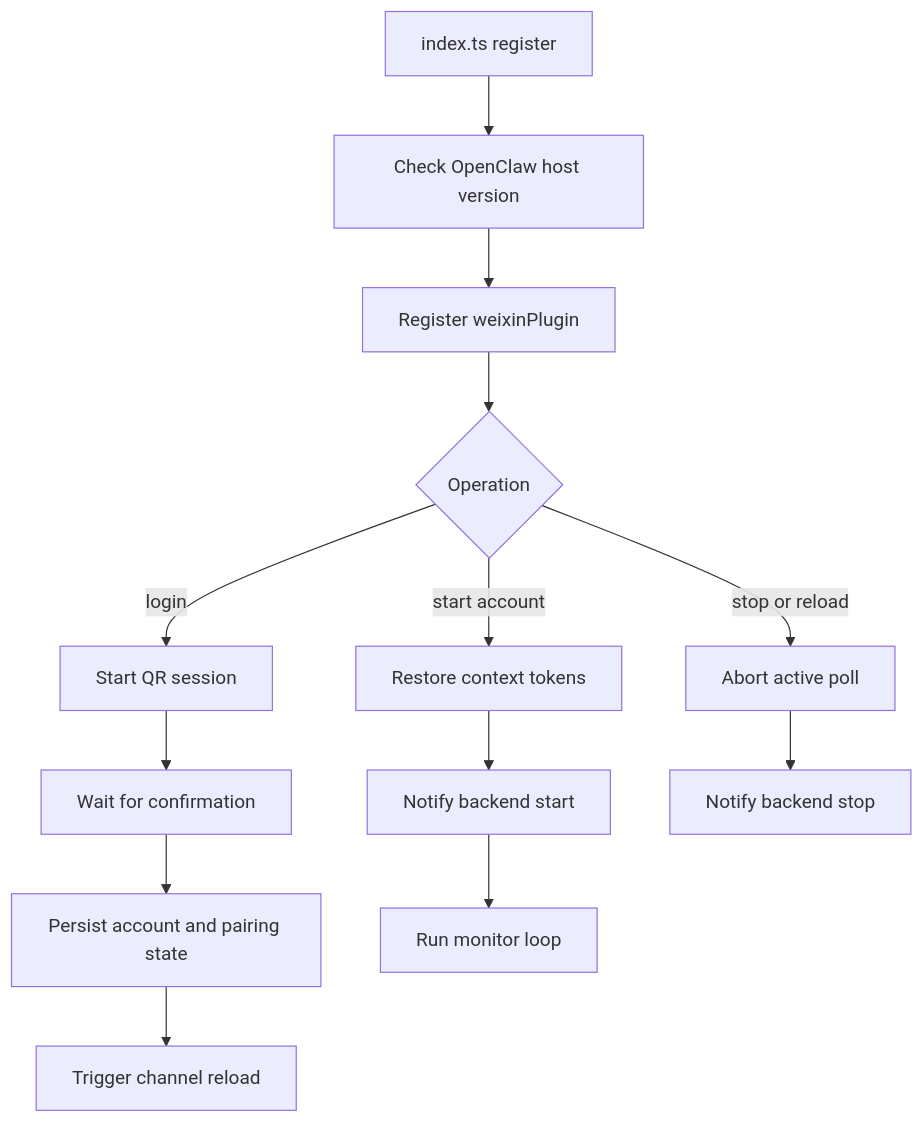
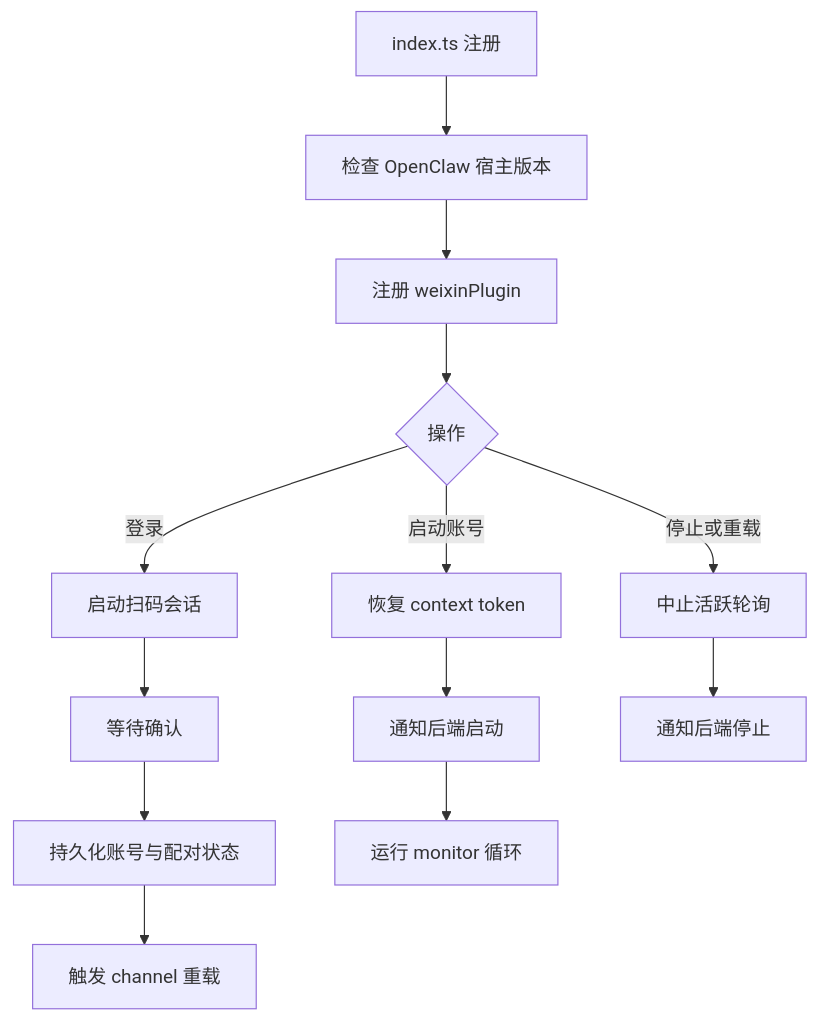
One commit to NewFuture/openclaw-weixin changed the first of 3 diagrams in docs/architecture.md. Above: the diagram before and after it, drawn with Mermaid. The commit also changed other lines of this file and 21 other files, not shown here.

````diff
--- a/docs/architecture.md
+++ b/docs/architecture.md
@@ -27,15 +27,15 @@
 ```mermaid
 flowchart TD
-  A[index.ts register] --> B[Check OpenClaw host version]
-  B --> C[Register weixinPlugin]
-  C --> D{Operation}
-  D -->|login| E[Start QR session]
-  E --> F[Wait for confirmation]
-  F --> G[Persist account and pairing state]
-  G --> H[Trigger channel reload]
-  D -->|start account| I[Restore context tokens]
-  I --> J[Notify backend start]
-  J --> K[Run monitor loop]
-  D -->|stop or reload| L[Abort active poll]
-  L --> M[Notify backend stop]
+  A[index.ts 注册] --> B[检查 OpenClaw 宿主版本]
+  B --> C[注册 weixinPlugin]
+  C --> D{操作}
+  D -->|登录| E[启动扫码会话]
+  E --> F[等待确认]
+  F --> G[持久化账号与配对状态]
+  G --> H[触发 channel 重载]
+  D -->|启动账号| I[恢复 context token]
+  I --> J[通知后端启动]
+  J --> K[运行 monitor 循环]
+  D -->|停止或重载| L[中止活跃轮询]
+  L --> M[通知后端停止]
 ```
````
